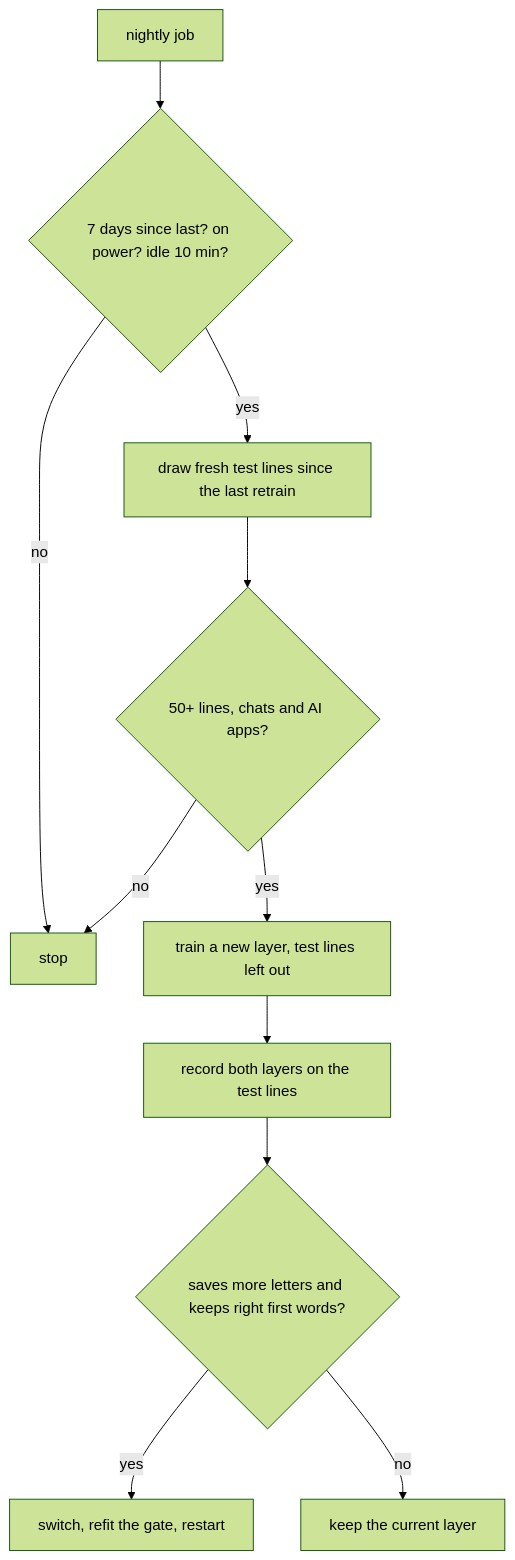
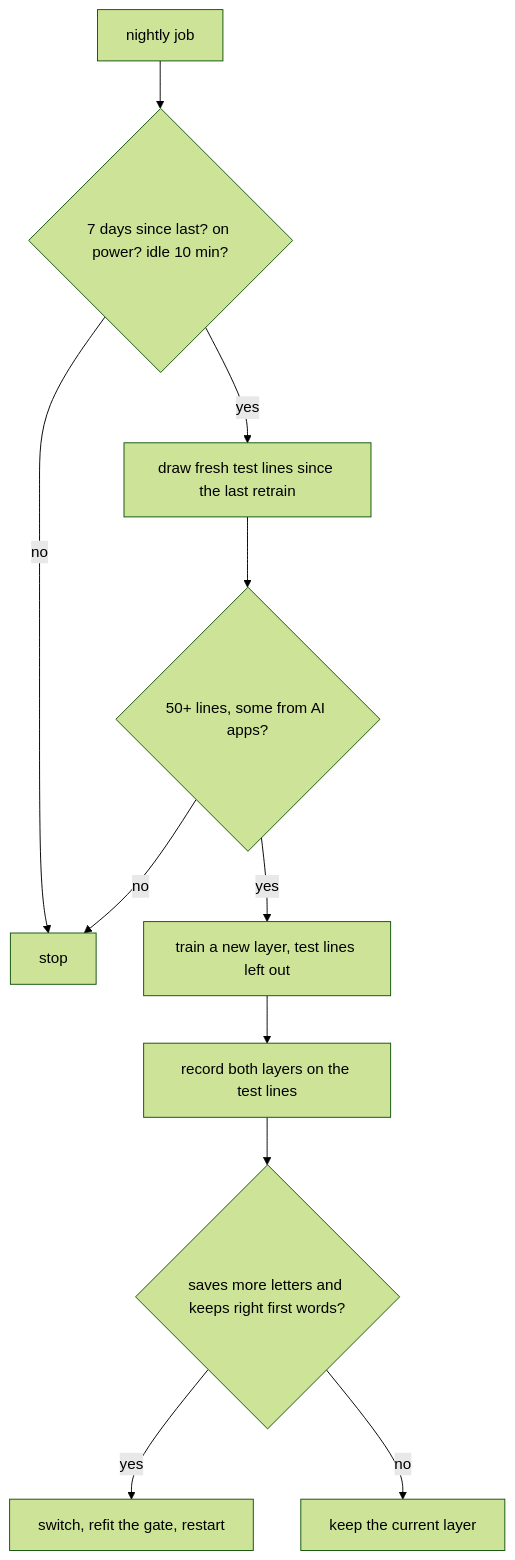
The diagram in docs/training.md (workflowcat/drafter-team), drawn with Mermaid (forest theme) before and after one commit. The commit also changed other lines of this file and 150 other files, not shown here.

````diff
--- a/docs/training.md
+++ b/docs/training.md
@@ -49,13 +48,13 @@
 ```mermaid
 flowchart TD
     A[nightly job] --> B{7 days since last? on power? idle 10 min?}
     B -- no --> Z[stop]
     B -- yes --> C[draw fresh test lines since the last retrain]
-    C --> D{50+ lines, chats and AI apps?}
+    C --> D{50+ lines, some from AI apps?}
     D -- no --> Z
     D -- yes --> E[train a new layer, test lines left out]
     E --> F[record both layers on the test lines]
     F --> G{saves more letters and keeps right first words?}
     G -- yes --> H[switch, refit the gate, restart]
     G -- no --> I[keep the current layer]
 ```
````
